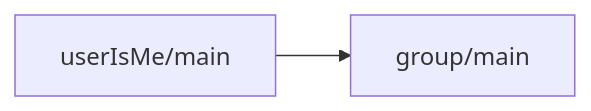
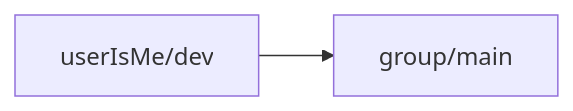
Before and after one commit to hr837/vue-template-v3: the second of 2 diagrams in docs/GIT.README.md, drawn with Mermaid. The commit also changed other lines of this file, not shown here.

````diff
--- a/docs/GIT.README.md
+++ b/docs/GIT.README.md
@@ -89,5 +76,5 @@
     ```mermaid
     graph LR
 
-      userIsMe/main --> group/main  
+      userIsMe/dev --> group/main  
     ```
````
